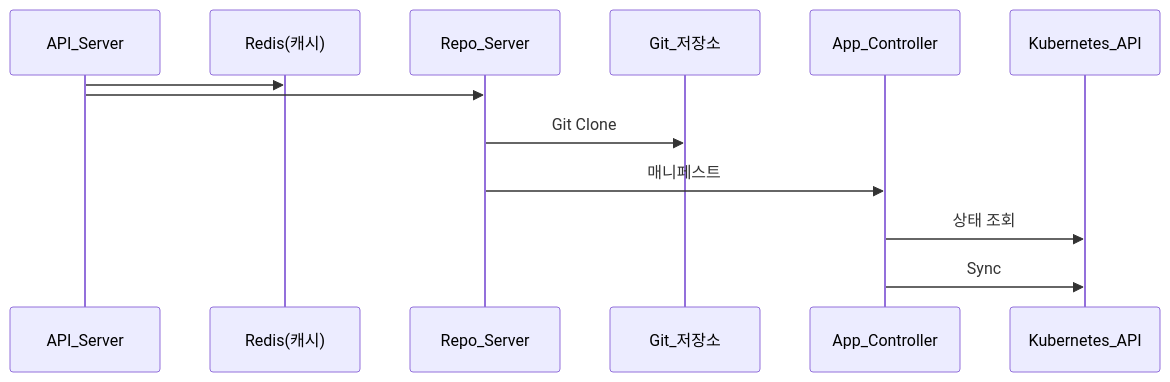
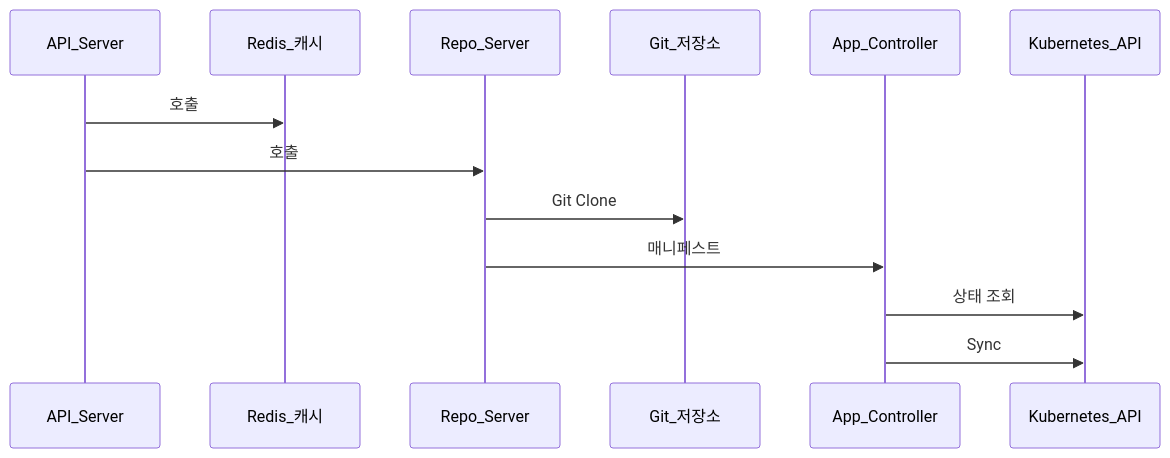
One commit to yjkim2015/yjkim2015.github.io changed the third of 7 diagrams in _posts/cicd/2026-05-03-gitops-argocd.md. Above: the diagram before and after it, drawn with Mermaid. The commit also changed 85 other files, not shown here.

First line of the commit message:
sequenceDiagram 문법 에러 2차 수정 169개 (86파일)

````diff
--- a/_posts/cicd/2026-05-03-gitops-argocd.md
+++ b/_posts/cicd/2026-05-03-gitops-argocd.md
@@ -83,9 +83,9 @@
 ```mermaid
 sequenceDiagram
-    API_Server->>Redis(캐시):
-    API_Server->>Repo_Server:
+    API_Server->>Redis_캐시: 호출
+    API_Server->>Repo_Server: 호출
     Repo_Server->>Git_저장소: Git Clone
     Repo_Server->>App_Controller: 매니페스트
     App_Controller->>Kubernetes_API: 상태 조회
     App_Controller->>Kubernetes_API: Sync
 ```
````
